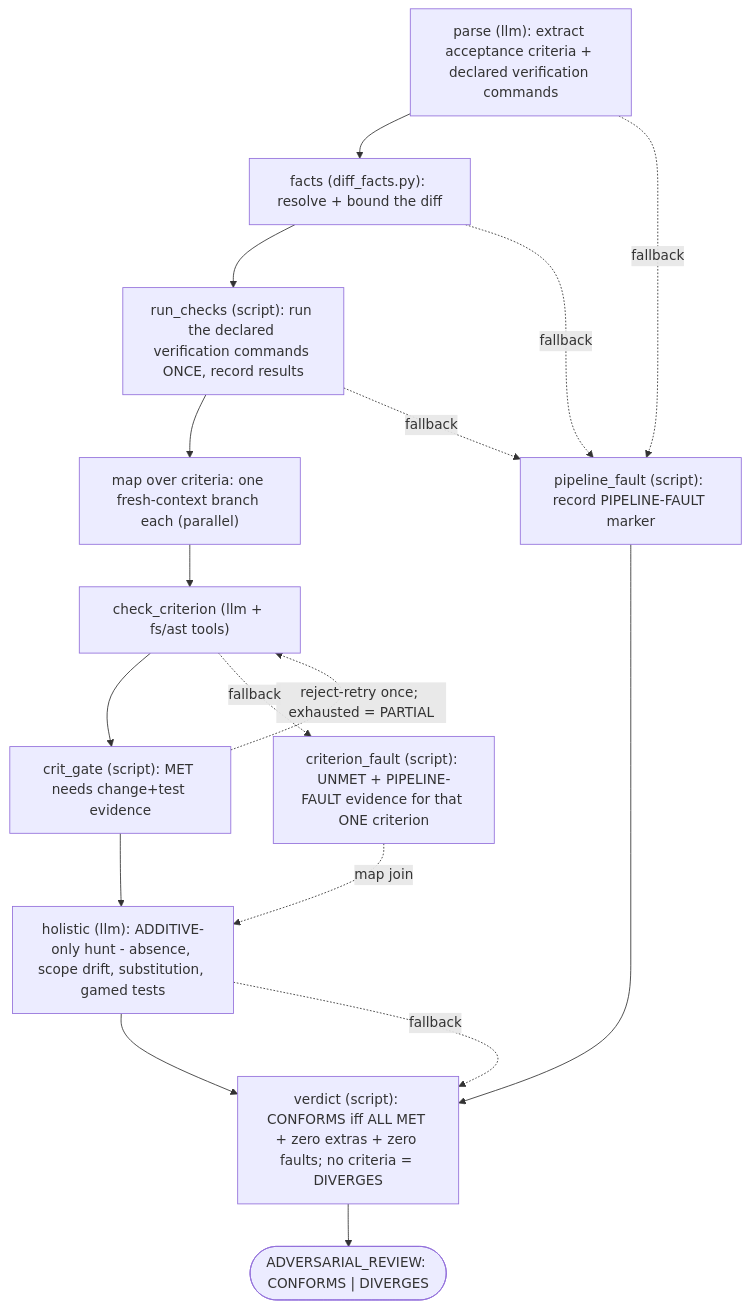
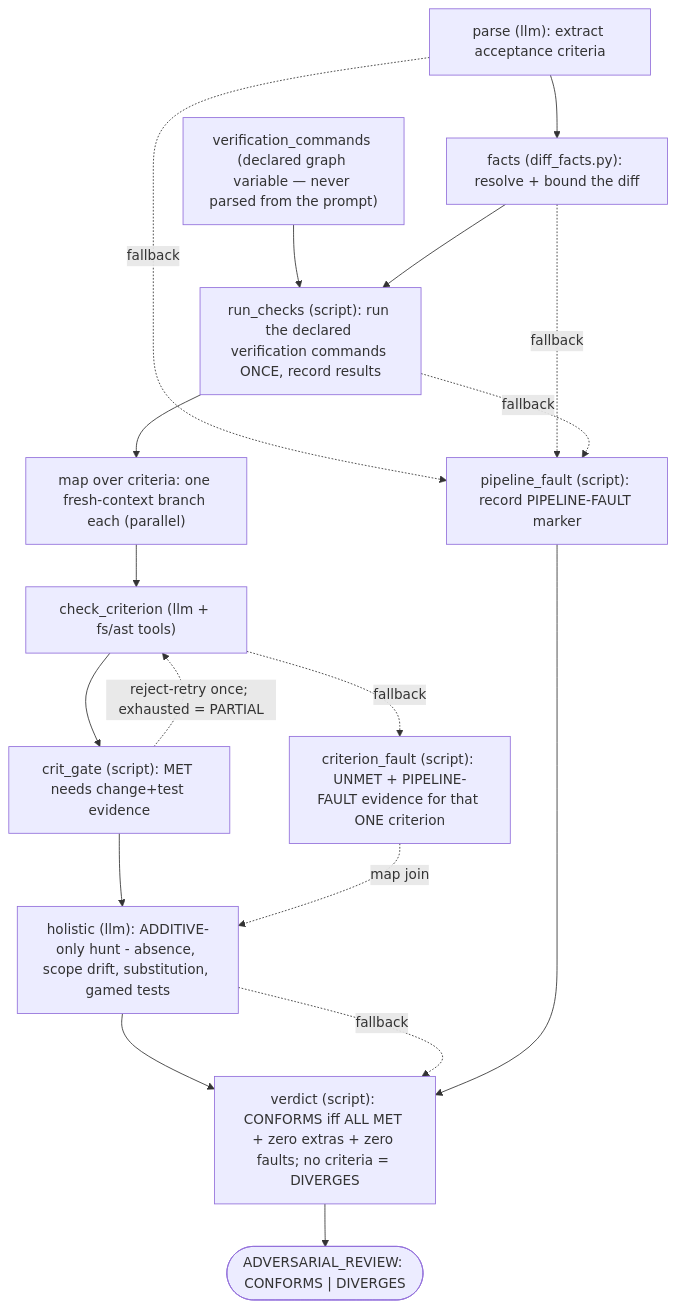
The diagram in assets/agents/adversary/README.md (Dark-Alex-17/coyote), drawn with Mermaid before and after one commit. The commit also changed other lines of this file and 8 other files, not shown here.

````diff
--- a/assets/agents/adversary/README.md
+++ b/assets/agents/adversary/README.md
@@ -67,19 +67,20 @@
 ```mermaid
 flowchart TD
-    A["parse (llm): extract acceptance criteria + declared verification commands"] --> B["facts (diff_facts.py): resolve + bound the diff"]
+    A["parse (llm): extract acceptance criteria"] --> B["facts (diff_facts.py): resolve + bound the diff"]
+    V["verification_commands (declared graph variable — never parsed from the prompt)"] --> R
     B --> R["run_checks (script): run the declared verification commands ONCE, record results"]
     R --> C["map over criteria: one fresh-context branch each (parallel)"]
     C --> D["check_criterion (llm + fs/ast tools)"]
     D --> E["crit_gate (script): MET needs change+test evidence"]
     E -. "reject-retry once; exhausted = PARTIAL" .-> D
     E --> F["holistic (llm): ADDITIVE-only hunt - absence, scope drift, substitution, gamed tests"]
     F --> G["verdict (script): CONFORMS iff ALL MET + zero extras + zero faults; no criteria = DIVERGES"]
     G --> H(["ADVERSARIAL_REVIEW: CONFORMS | DIVERGES"])
     A -. "fallback" .-> P["pipeline_fault (script): record PIPELINE-FAULT marker"]
     B -. "fallback" .-> P
     R -. "fallback" .-> P
     D -. "fallback" .-> CF["criterion_fault (script): UNMET + PIPELINE-FAULT evidence for that ONE criterion"]
     CF -. "map join" .-> F
     F -. "fallback" .-> G
     P --> G
 ```
````
